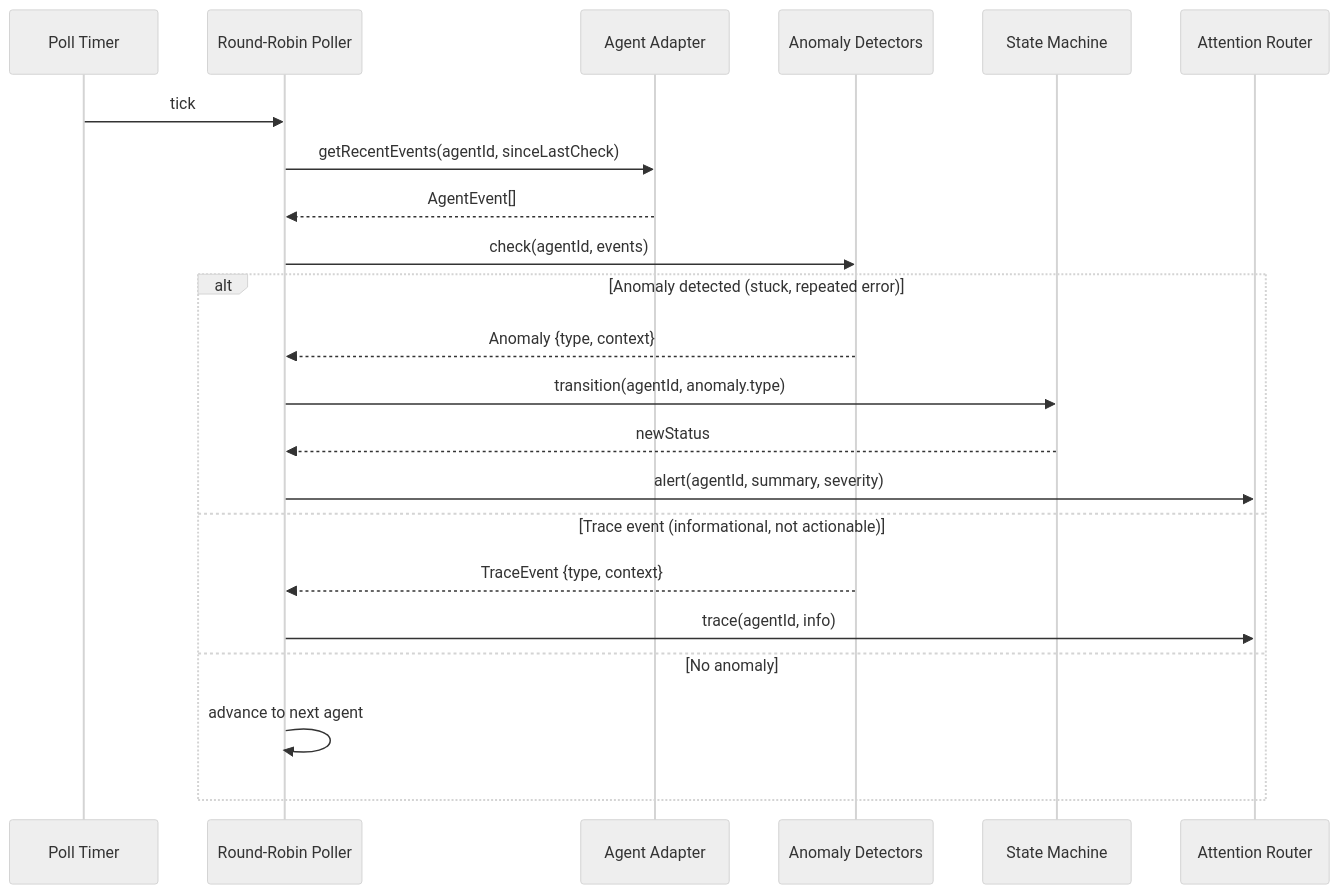
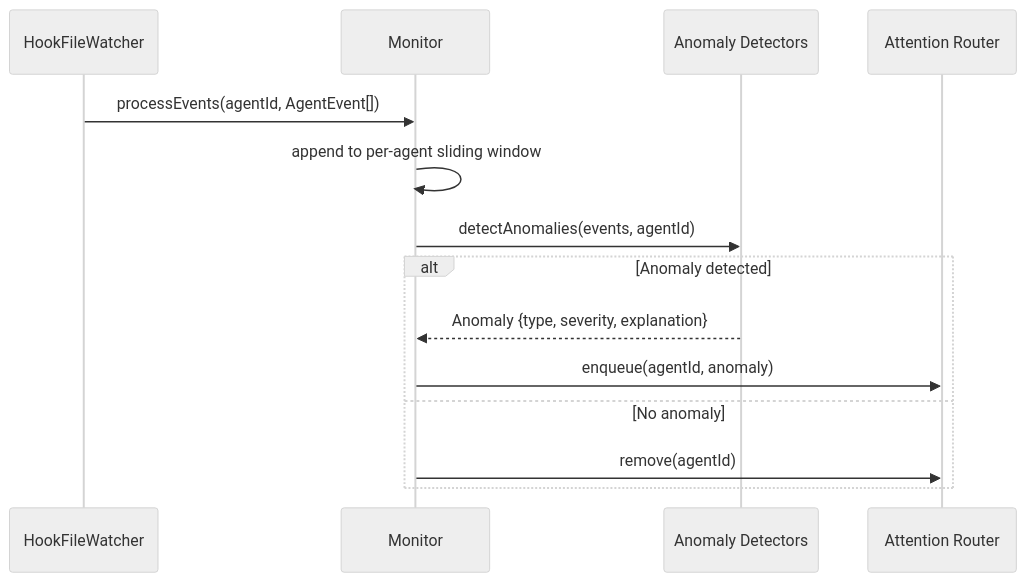
The first of 2 diagrams in docs/system-models/subsystems/supervisor-agent/02-key-sequences.md (kookr-ai/kookr), drawn with Mermaid (neutral theme) before and after one commit. The commit also changed other lines of this file and 23 other files, not shown here.

Commit message:
docs: reconcile architecture models with implementation

````diff
--- a/docs/system-models/subsystems/supervisor-agent/02-key-sequences.md
+++ b/docs/system-models/subsystems/supervisor-agent/02-key-sequences.md
@@ -9,26 +9,18 @@
 ```mermaid
 sequenceDiagram
-  participant Timer as Poll Timer
-  participant Poller as Round-Robin Poller
-  participant Adapter as Agent Adapter
+  participant Watcher as HookFileWatcher
+  participant Monitor as Monitor
   participant Det as Anomaly Detectors
-  participant SM as State Machine
   participant Router as Attention Router
 
-  Timer->>Poller: tick
-  Poller->>Adapter: getRecentEvents(agentId, sinceLastCheck)
-  Adapter-->>Poller: AgentEvent[]
+  Watcher->>Monitor: processEvents(agentId, AgentEvent[])
+  Monitor->>Monitor: append to per-agent sliding window
+  Monitor->>Det: detectAnomalies(events, agentId)
 
-  Poller->>Det: check(agentId, events)
-  alt Anomaly detected (stuck, repeated error)
-    Det-->>Poller: Anomaly {type, context}
-    Poller->>SM: transition(agentId, anomaly.type)
-    SM-->>Poller: newStatus
-    Poller->>Router: alert(agentId, summary, severity)
-  else Trace event (informational, not actionable)
-    Det-->>Poller: TraceEvent {type, context}
-    Poller->>Router: trace(agentId, info)
+  alt Anomaly detected
+    Det-->>Monitor: Anomaly {type, severity, explanation}
+    Monitor->>Router: enqueue(agentId, anomaly)
   else No anomaly
-    Poller->>Poller: advance to next agent
+    Monitor->>Router: remove(agentId)
   end
 ```
````
